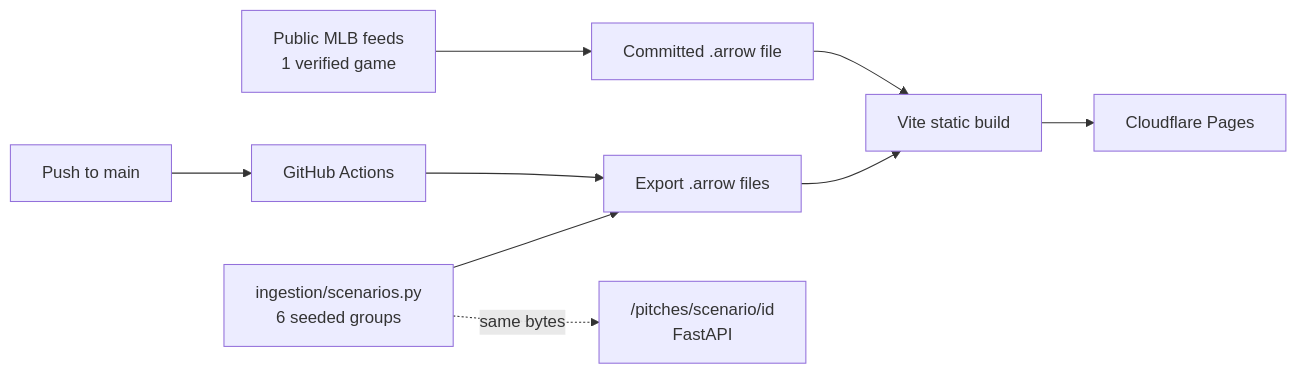
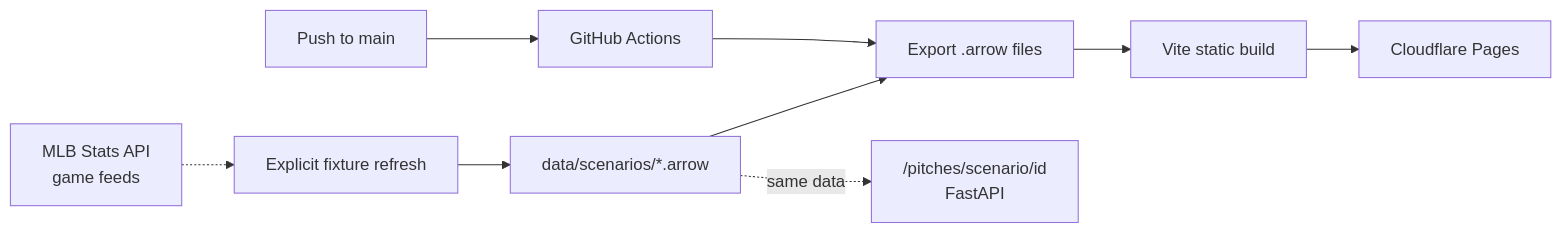
The third of 3 diagrams in README.md (harlanljones/statcast-lakehouse), drawn with Mermaid before and after one commit. The commit also changed other lines of this file and 23 other files, not shown here.

Commit message:
feat(web): replace synthetic scenarios with real MLB stories

````diff
--- a/README.md
+++ b/README.md
@@ -58,11 +57,11 @@
 ```mermaid
 flowchart LR
-    gen["ingestion/scenarios.py<br/>6 seeded groups"] --> export["Export .arrow files"]
-    real["Public MLB feeds<br/>1 verified game"] --> realexport["Committed .arrow file"]
+    source["MLB Stats API<br/>game feeds"] -.-> refresh["Explicit fixture refresh"]
+    refresh --> fixtures["data/scenarios/*.arrow"]
+    fixtures --> export["Export .arrow files"]
     export --> build["Vite static build"]
     build --> pages["Cloudflare Pages"]
     push["Push to main"] --> actions["GitHub Actions"]
     actions --> export
-    realexport --> build
-    gen -.->|"same bytes"| api["/pitches/scenario/id<br/>FastAPI"]
+    fixtures -.->|"same data"| api["/pitches/scenario/id<br/>FastAPI"]
 ```
````
